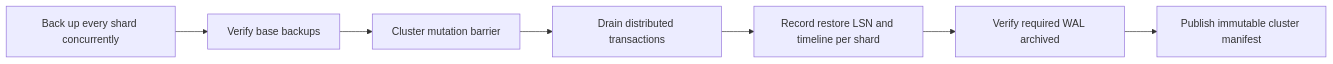
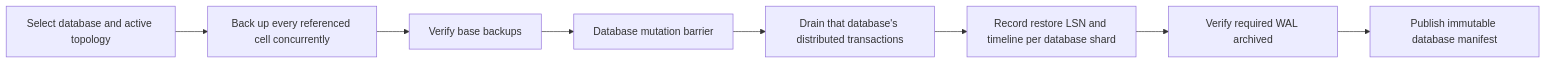
The diagram in website/docs/operations/backup-restore.md (andrew01234567890/pgshard), drawn with Mermaid before and after one commit. The commit also changed other lines of this file and 10 other files, not shown here.

Commit message:
docs: define per-database restore topology

````diff
--- a/website/docs/operations/backup-restore.md
+++ b/website/docs/operations/backup-restore.md
@@ -21,9 +27,10 @@
 ```mermaid
 flowchart LR
-  B[Back up every shard concurrently] --> V[Verify base backups]
-  V --> G[Cluster mutation barrier]
-  G --> D[Drain distributed transactions]
-  D --> L[Record restore LSN and timeline per shard]
+  T[Select database and active topology] --> B[Back up every referenced cell concurrently]
+  B --> V[Verify base backups]
+  V --> G[Database mutation barrier]
+  G --> D[Drain that database's distributed transactions]
+  D --> L[Record restore LSN and timeline per database shard]
   L --> W[Verify required WAL archived]
-  W --> M[Publish immutable cluster manifest]
+  W --> M[Publish immutable database manifest]
 ```
````
